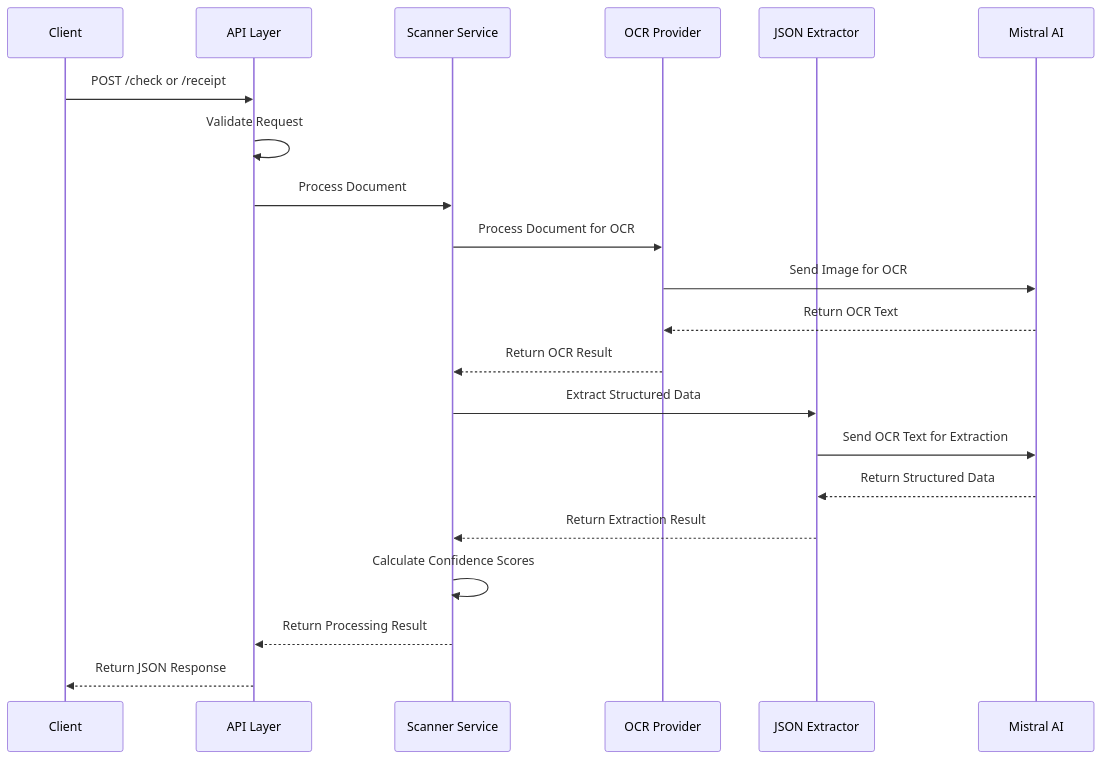
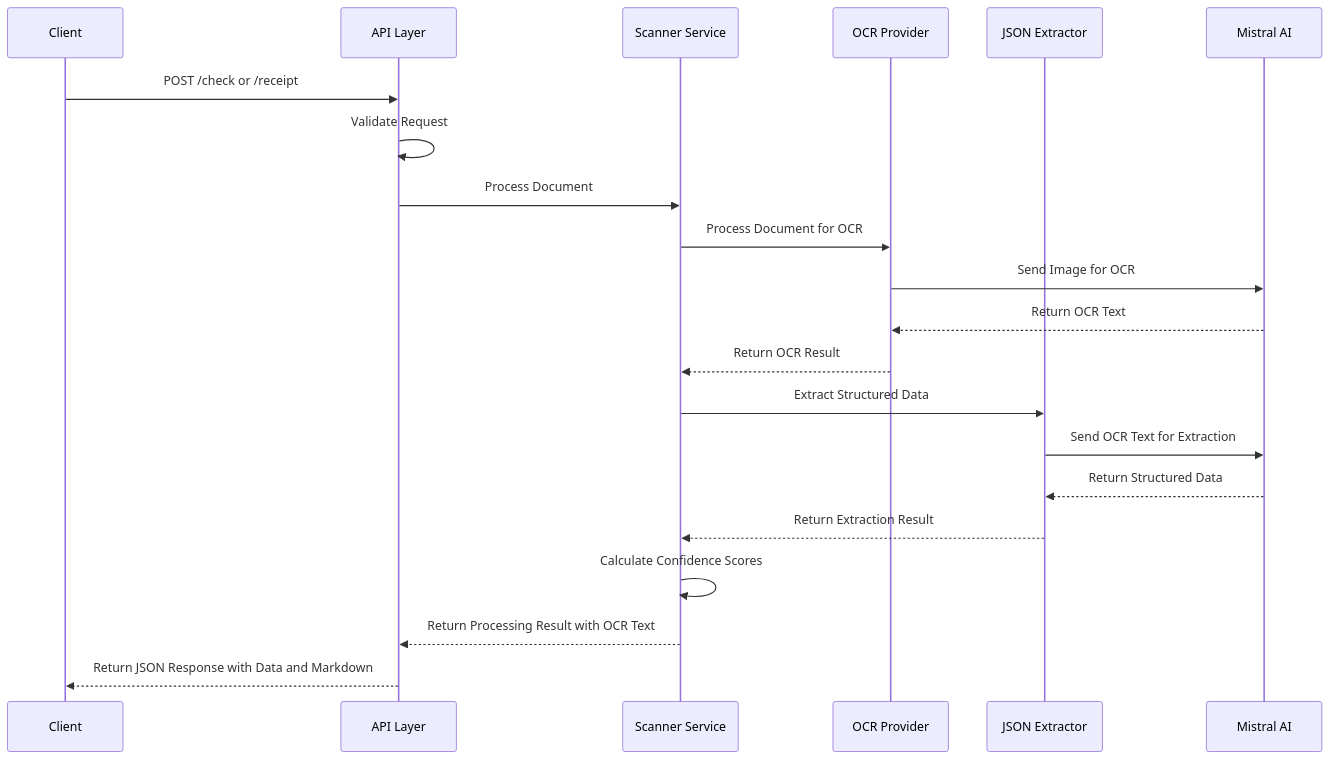
The second of 13 diagrams in docs/architecture/08_Runtime_View.md (o2alexanderfedin/OCRChecksServer-demo), drawn with Mermaid before and after one commit. The commit also changed other lines of this file and 4 other files, not shown here.

First line of the commit message:
Add markdown field to API responses for OCR transparency and update comprehensive documentation

````diff
--- a/docs/architecture/08_Runtime_View.md
+++ b/docs/architecture/08_Runtime_View.md
@@ -79,27 +79,27 @@
 ```mermaid
 sequenceDiagram
     participant Client
     participant API as API Layer
     participant Scanner as Scanner Service
     participant OCR as OCR Provider
     participant Extractor as JSON Extractor
     participant Mistral as Mistral AI
     
     Client->>API: POST /check or /receipt
     API->>API: Validate Request
     API->>Scanner: Process Document
     
     Scanner->>OCR: Process Document for OCR
     OCR->>Mistral: Send Image for OCR
     Mistral-->>OCR: Return OCR Text
     OCR-->>Scanner: Return OCR Result
     
     Scanner->>Extractor: Extract Structured Data
     Extractor->>Mistral: Send OCR Text for Extraction
     Mistral-->>Extractor: Return Structured Data
     Extractor-->>Scanner: Return Extraction Result
     
     Scanner->>Scanner: Calculate Confidence Scores
-    Scanner-->>API: Return Processing Result
-    API-->>Client: Return JSON Response
+    Scanner-->>API: Return Processing Result with OCR Text
+    API-->>Client: Return JSON Response with Data and Markdown
 ```
````
